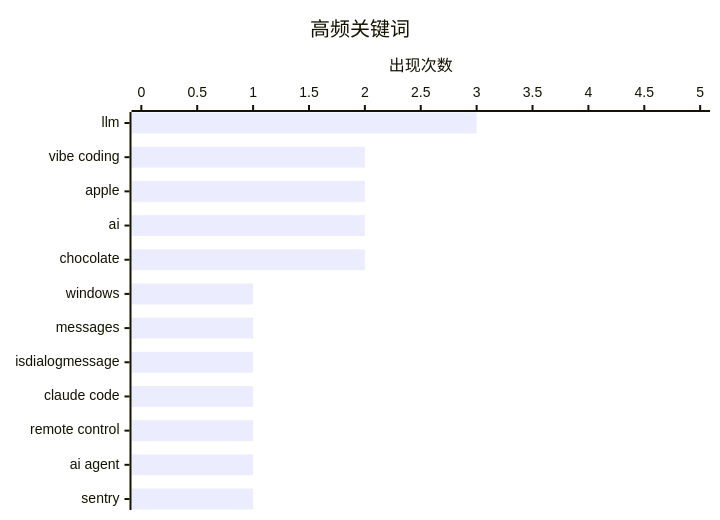
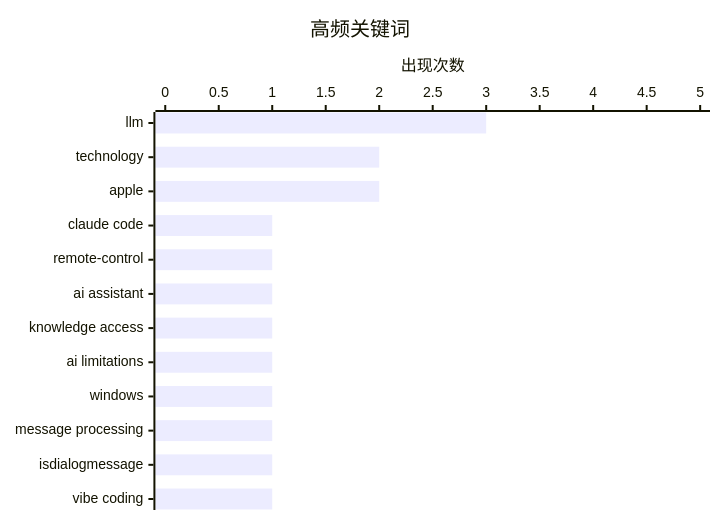
The second of 2 diagrams in src/content/digest/2026-02-26.md (hustlyt/ai-daily-digest), drawn with Mermaid before and after one commit. The commit also changed other lines of this file, not shown here.

````diff
--- a/src/content/digest/2026-02-26.md
+++ b/src/content/digest/2026-02-26.md
@@ -72,7 +72,7 @@
 ```mermaid
 xychart-beta horizontal
     title "高频关键词"
-    x-axis ["llm", "vibe coding", "apple", "ai", "chocolate", "windows", "messages", "isdialogmessage", "claude code", "remote control", "ai agent", "sentry"]
+    x-axis ["llm", "technology", "apple", "claude code", "remote-control", "ai assistant", "knowledge access", "ai limitations", "windows", "message processing", "isdialogmessage", "vibe coding"]
     y-axis "出现次数" 0 --> 5
-    bar [3, 2, 2, 2, 2, 1, 1, 1, 1, 1, 1, 1]
+    bar [3, 2, 2, 1, 1, 1, 1, 1, 1, 1, 1, 1]
 ```
````
